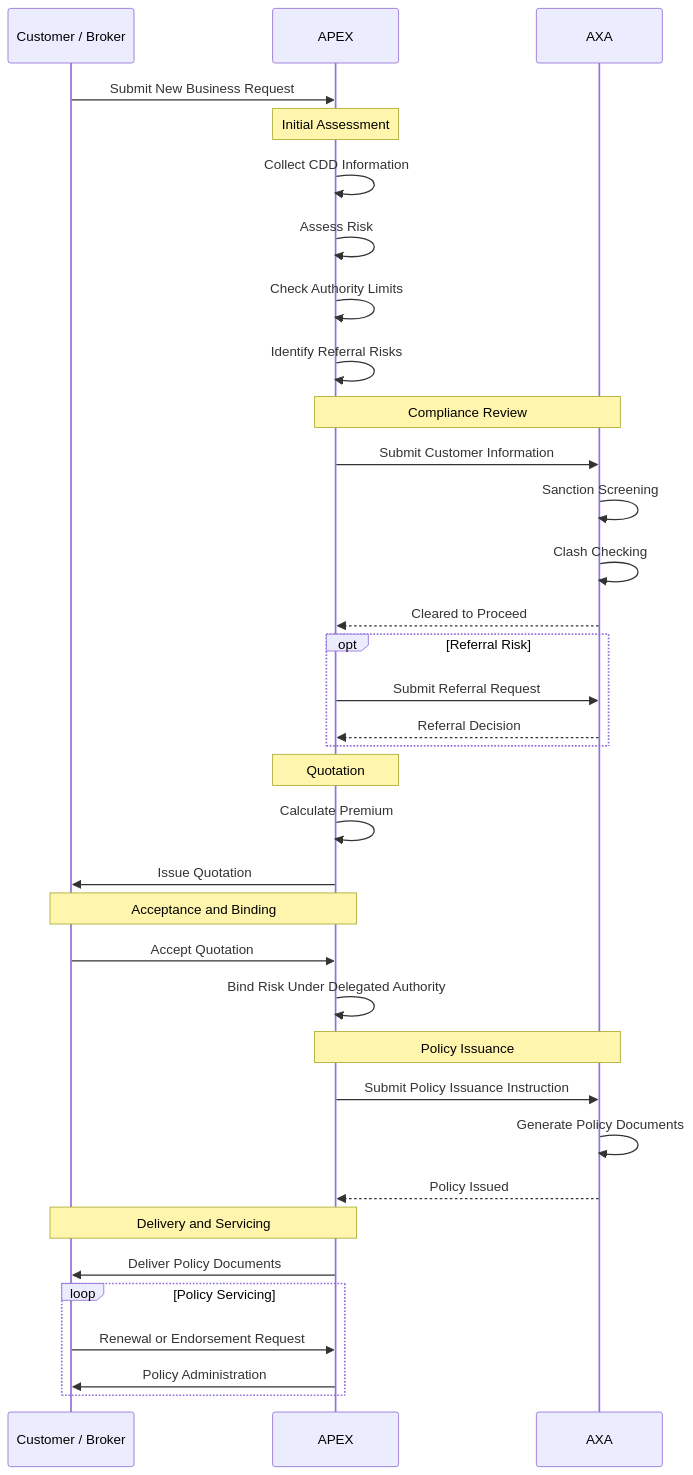
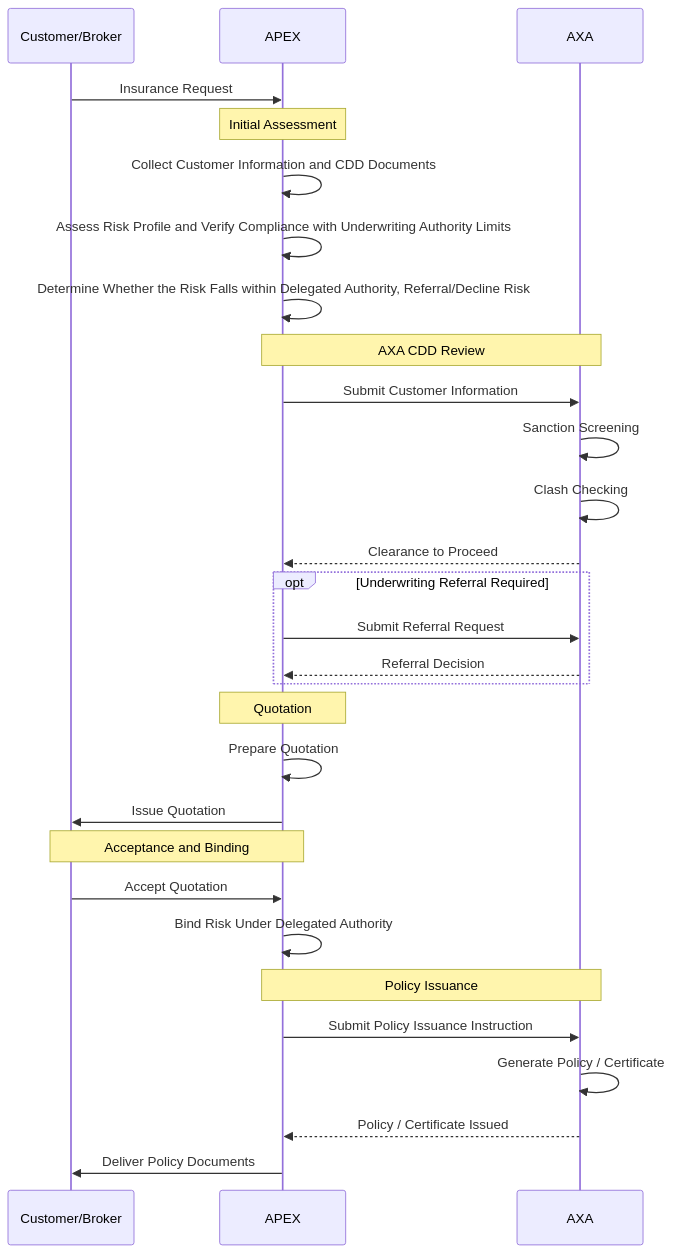
The diagram in Apex.md (raymwor-arch/Diagram), drawn with Mermaid before and after one commit.

````diff
--- a/Apex.md
+++ b/Apex.md
@@ -1,47 +1,39 @@
 ```mermaid
 sequenceDiagram
-    participant Customer as Customer / Broker
-    participant APEX as APEX
-    participant AXA as AXA
+    participant Customer as Customer/Broker
+    participant APEX
+    participant AXA
 
-    Customer->>APEX: Submit New Business Request
+    Customer->>APEX: Insurance Request
 
     Note over APEX: Initial Assessment
-    APEX->>APEX: Collect CDD Information
-    APEX->>APEX: Assess Risk
-    APEX->>APEX: Check Authority Limits
-    APEX->>APEX: Identify Referral Risks
-
-    Note over APEX,AXA: Compliance Review
-
+    APEX->>APEX: Collect Customer Information and CDD Documents
+    APEX->>APEX: Assess Risk Profile and Verify Compliance with Underwriting Authority Limits
+    APEX->>APEX: Determine Whether the Risk Falls within Delegated Authority, Referral/Decline Risk
+    
+    Note over APEX,AXA: AXA CDD Review
     APEX->>AXA: Submit Customer Information
     AXA->>AXA: Sanction Screening
     AXA->>AXA: Clash Checking
-    AXA-->>APEX: Cleared to Proceed
+    AXA-->>APEX: Clearance to Proceed
 
-    opt Referral Risk
+    opt Underwriting Referral Required
         APEX->>AXA: Submit Referral Request
         AXA-->>APEX: Referral Decision
     end
 
     Note over APEX: Quotation
-    APEX->>APEX: Calculate Premium
+    APEX->>APEX: Prepare Quotation
     APEX->>Customer: Issue Quotation
 
     Note over Customer,APEX: Acceptance and Binding
     Customer->>APEX: Accept Quotation
     APEX->>APEX: Bind Risk Under Delegated Authority
 
     Note over APEX,AXA: Policy Issuance
     APEX->>AXA: Submit Policy Issuance Instruction
-    AXA->>AXA: Generate Policy Documents
-    AXA-->>APEX: Policy Issued
+    AXA->>AXA: Generate Policy / Certificate
+    AXA-->>APEX: Policy / Certificate Issued
 
-    Note over APEX,Customer: Delivery and Servicing
     APEX->>Customer: Deliver Policy Documents
-
-    loop Policy Servicing
-        Customer->>APEX: Renewal or Endorsement Request
-        APEX->>Customer: Policy Administration
-    end
 ```    
````
